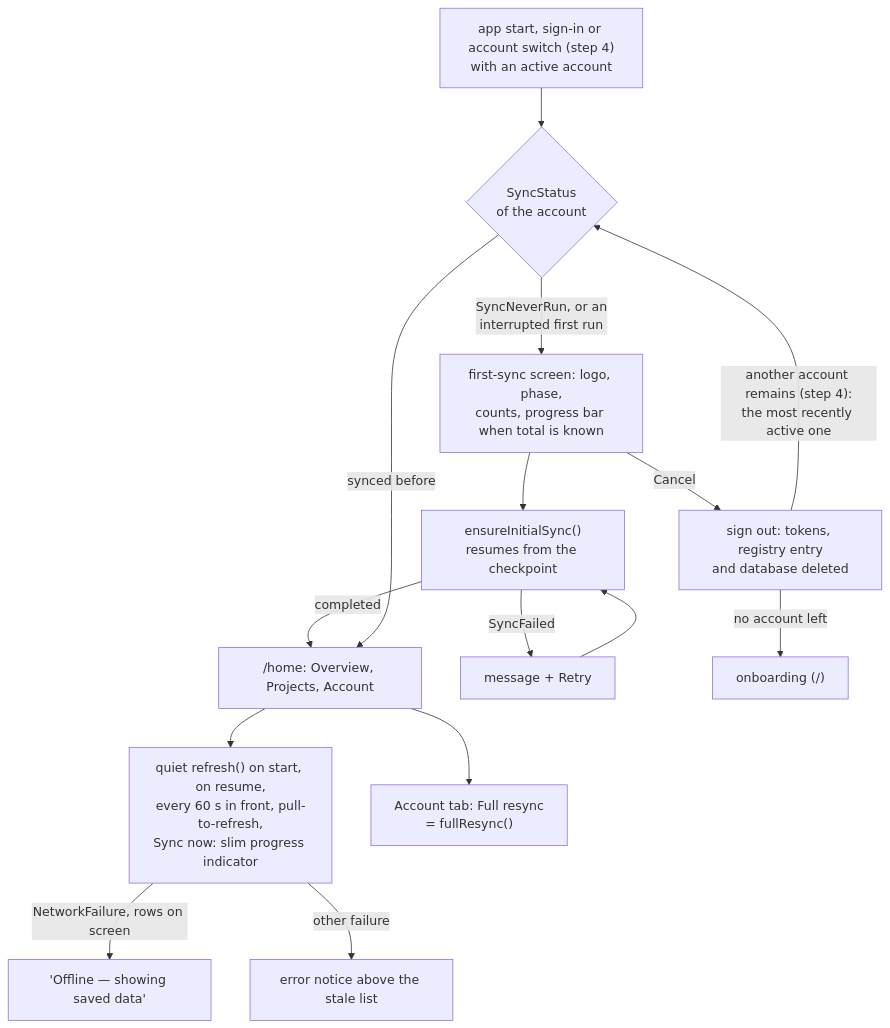
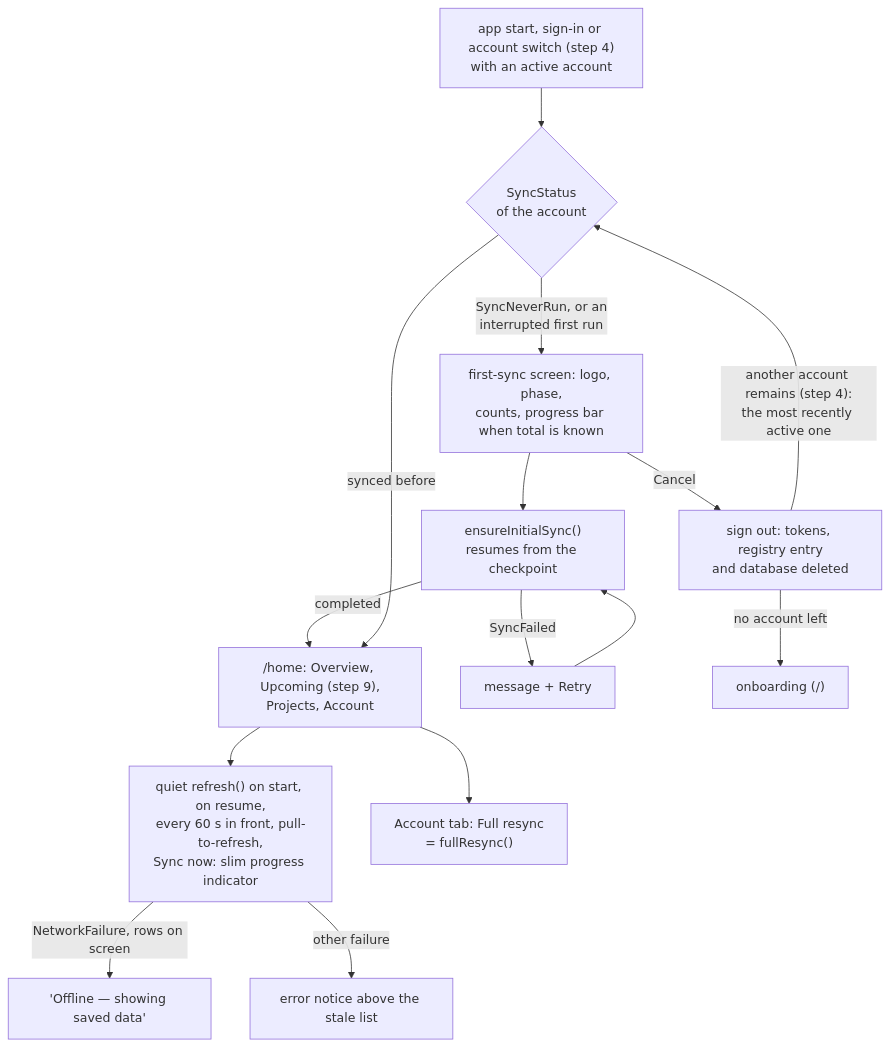
One commit to coderoftime/vikunja-app-ci-test changed the seventh of 11 diagrams in docs/architecture.md. Above: the diagram before and after it, drawn with Mermaid. The commit also changed other lines of this file and 131 other files, not shown here.

````diff
--- a/docs/architecture.md
+++ b/docs/architecture.md
@@ -620,16 +633,16 @@
 ```mermaid
 flowchart TD
   START["app start, sign-in or account switch (step 4)<br/>with an active account"] --> STATE{"SyncStatus<br/>of the account"}
   STATE -- "SyncNeverRun, or an<br/>interrupted first run" --> FIRST["first-sync screen: logo, phase,<br/>counts, progress bar when total is known"]
   FIRST --> RUN["ensureInitialSync()<br/>resumes from the checkpoint"]
-  RUN -- "completed" --> SHELL["/home: Overview, Projects, Account"]
+  RUN -- "completed" --> SHELL["/home: Overview, Upcoming (step 9),<br/>Projects, Account"]
   RUN -- "SyncFailed" --> RETRY["message + Retry"] --> RUN
   FIRST -- "Cancel" --> OUT["sign out: tokens, registry entry<br/>and database deleted"]
   OUT -- "another account remains (step 4):<br/>the most recently active one" --> STATE
   OUT -- "no account left" --> ONBOARD["onboarding (/)"]
   STATE -- "synced before" --> SHELL
   SHELL --> QUIET["quiet refresh() on start, on resume,<br/>every 60 s in front, pull-to-refresh,<br/>Sync now: slim progress indicator"]
   SHELL --> FULL["Account tab: Full resync<br/>= fullResync()"]
   QUIET -- "NetworkFailure, rows on screen" --> NOTICE["'Offline — showing saved data'"]
   QUIET -- "other failure" --> ERR["error notice above the stale list"]
 ```
````
